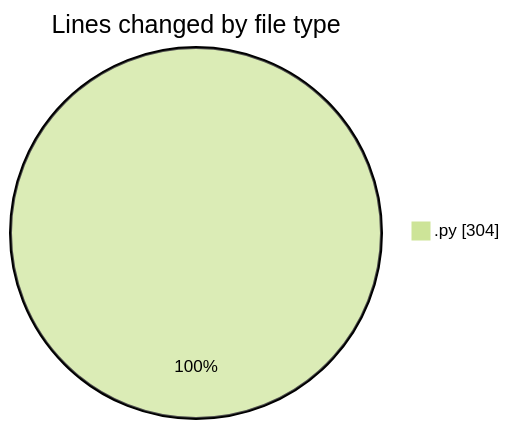
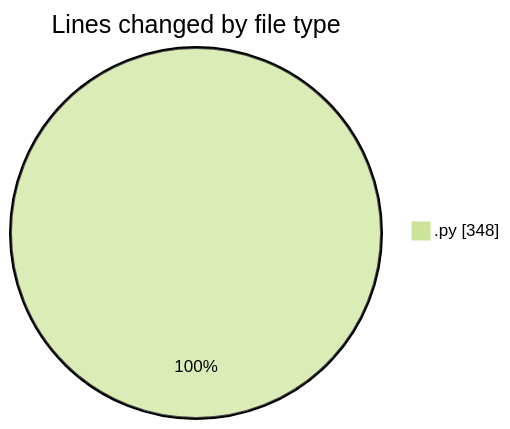
The first of 2 diagrams in 2025-03-21/myws__workspace_/README.md (MatusMokan/code-tracking), drawn with Mermaid (forest theme) before and after one commit. The commit also changed other lines of this file and 1 other file, not shown here.

````diff
--- a/2025-03-21/myws__workspace_/README.md
+++ b/2025-03-21/myws__workspace_/README.md
@@ -20,5 +20,5 @@
 ```mermaid
 pie showData
 title Lines changed by file type
-".py" : 304
+".py" : 348
 ```
````
